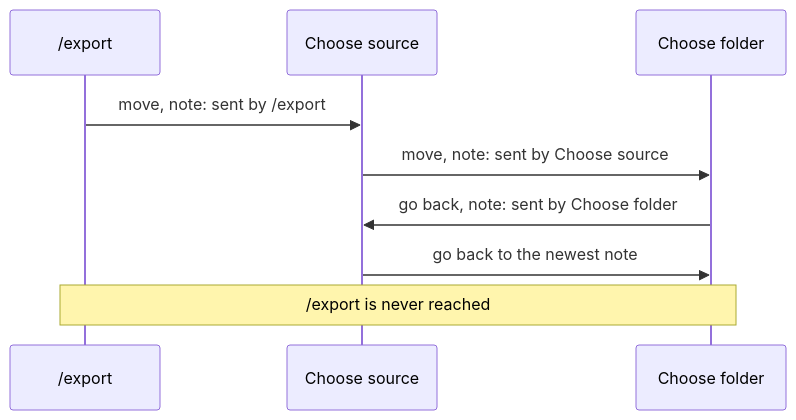
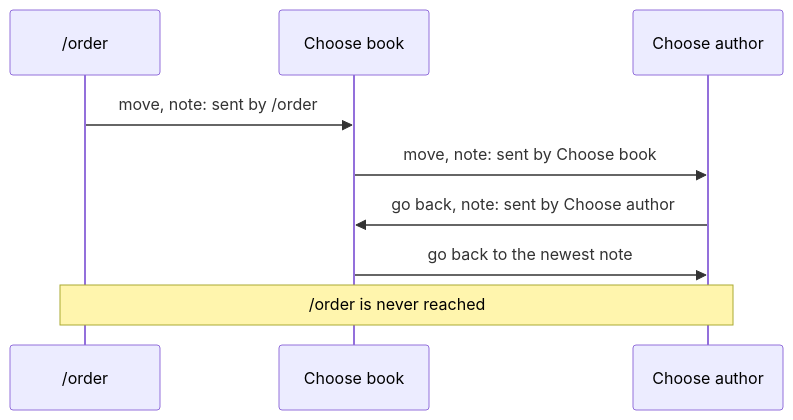
Before and after one commit to KitCli/KitCli: the third of 3 diagrams in docs/investigations/what-would-it-take-to-carry-on-after-nested-questions.md, drawn with Mermaid. The commit also changed other lines of this file and 1 other file, not shown here.

Commit message:
docs(workflow): use a book shop example in the return-to investigations

````diff
--- a/docs/investigations/what-would-it-take-to-carry-on-after-nested-questions.md
+++ b/docs/investigations/what-would-it-take-to-carry-on-after-nested-questions.md
@@ -84,11 +85,11 @@
 ```mermaid
 sequenceDiagram
-    participant E as /export
-    participant S as Choose source
-    participant F as Choose folder
-    E->>S: move, note: sent by /export
-    S->>F: move, note: sent by Choose source
-    F->>S: go back, note: sent by Choose folder
+    participant E as /order
+    participant S as Choose book
+    participant F as Choose author
+    E->>S: move, note: sent by /order
+    S->>F: move, note: sent by Choose book
+    F->>S: go back, note: sent by Choose author
     S->>F: go back to the newest note
-    Note over E,F: /export is never reached
+    Note over E,F: /order is never reached
 ```
````
